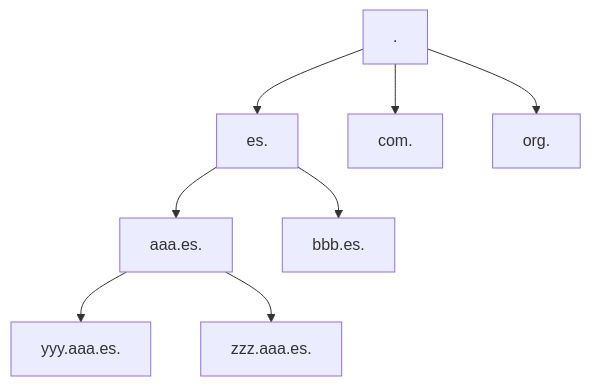
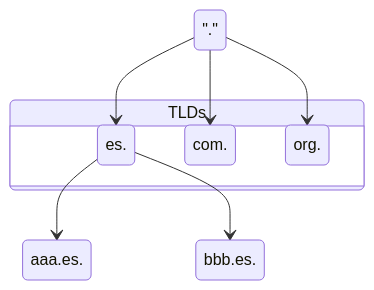
Before and after one commit to uo294319/Notes: the first of 2 diagrams in 4S1/4S1_Servicios/data/T3-1.md, drawn with Mermaid.

Commit message:
Desktop-AAM 2025-11-7:9:21:22

````diff
--- a/4S1/4S1_Servicios/data/T3-1.md
+++ b/4S1/4S1_Servicios/data/T3-1.md
@@ -23,13 +23,22 @@
 ```mermaid
-flowchart TB
-    Root[.] --> ES[es.]
-    Root --> COM[com.]
-    Root --> org[org.]
+stateDiagram-v2
+
+	Root : "."
+	state "TLDs" as TLD
+    {
+		ES : es.
+		COM : com.
+		org : org.
+	}
+	
+	A : aaa.es.
+	B : bbb.es.
+	
+	Root --> ES
+	Root --> COM
+	Root --> org
     
-    ES --> A[aaa.es.]
-    ES --> B[bbb.es.]
-    
-    A --> AY[yyy.aaa.es.]
-    A --> AZ[zzz.aaa.es.]
+    ES --> A
+    ES --> B
 
 ```
````
